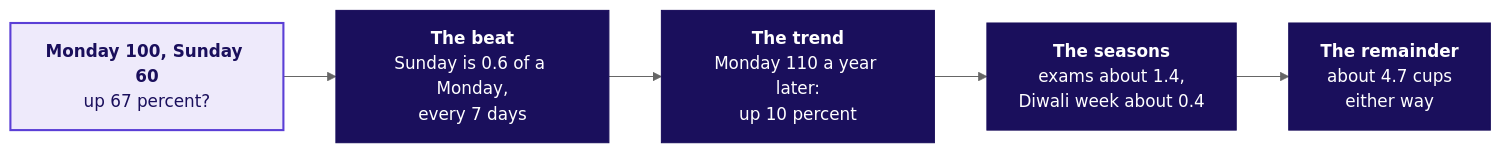
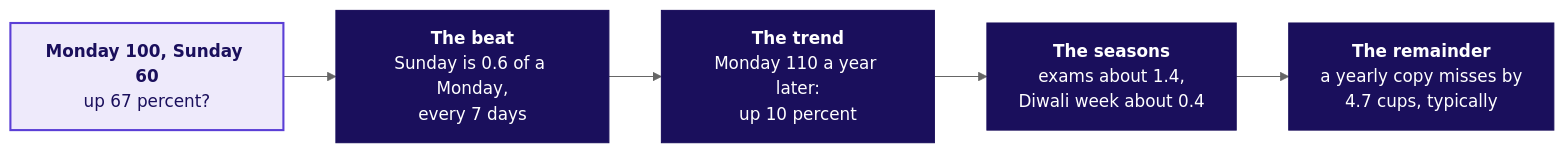
One commit to fde-academy-lab/c2-content-factory changed the second of 7 diagrams in content/W04/D5/whiteboards/C2_W04_D05_board_work_STUDENT.md. Above: the diagram before and after it, drawn with Mermaid (neutral theme). The commit also changed other lines of this file and 5 other files, not shown here.

````diff
--- a/content/W04/D5/whiteboards/C2_W04_D05_board_work_STUDENT.md
+++ b/content/W04/D5/whiteboards/C2_W04_D05_board_work_STUDENT.md
@@ -44,11 +44,11 @@
 ```mermaid
 flowchart LR
     A["<b>Monday 100, Sunday 60</b><br/>up 67 percent?"] --> B["<b>The beat</b><br/>Sunday is 0.6 of a Monday,<br/>every 7 days"]
     B --> C["<b>The trend</b><br/>Monday 110 a year later:<br/>up 10 percent"]
     C --> D["<b>The seasons</b><br/>exams about 1.4,<br/>Diwali week about 0.4"]
-    D --> R["<b>The remainder</b><br/>about 4.7 cups<br/>either way"]
+    D --> R["<b>The remainder</b><br/>a yearly copy misses by<br/>4.7 cups, typically"]
     classDef lit fill:#1A0F5C,stroke:#1A0F5C,color:#FFFFFF
     classDef known fill:#EEEAFB,stroke:#5B3FD6,color:#1A0F5C,stroke-width:2px
     class A known
     class B,C,D,R lit
 ```
````
